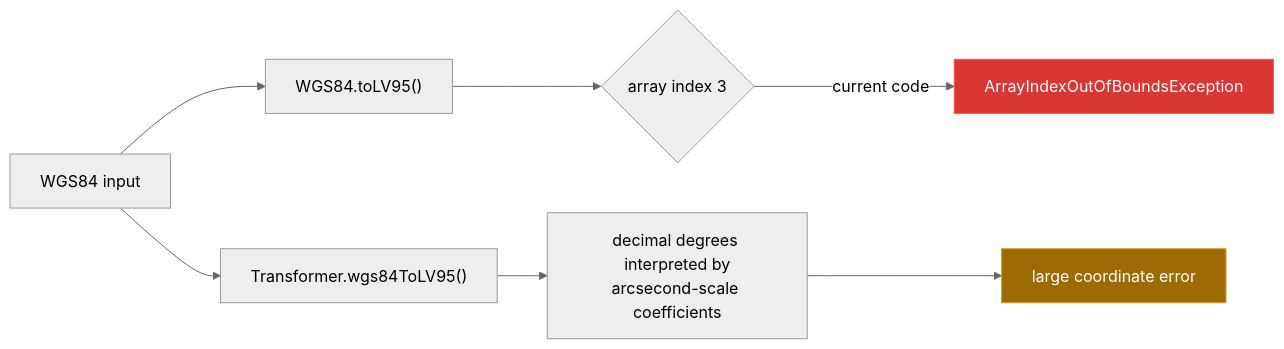
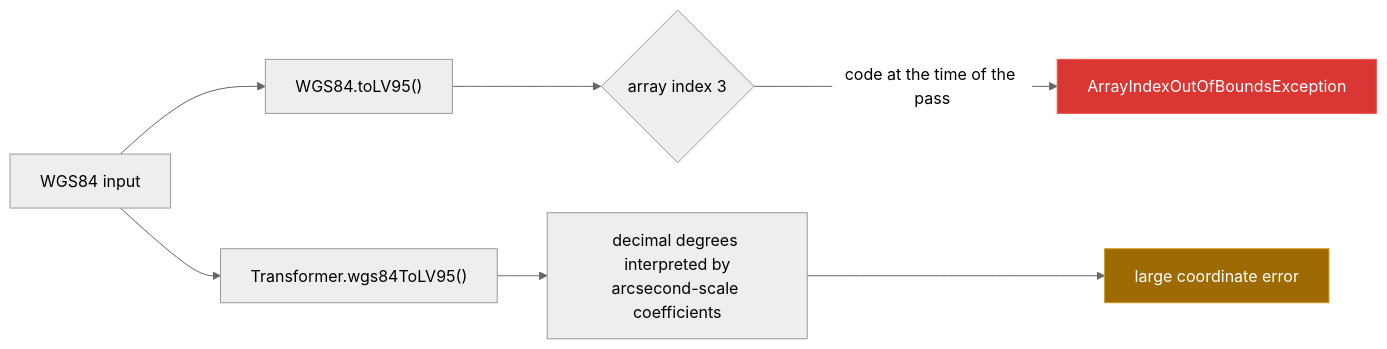
The diagram in docs/BUGS-FOUND.md (Bissbert/SwissToWGS4j), drawn with Mermaid (neutral theme) before and after one commit. The commit also changed other lines of this file and 4 other files, not shown here.

````diff
--- a/docs/BUGS-FOUND.md
+++ b/docs/BUGS-FOUND.md
@@ -9,12 +19,12 @@
 ```mermaid
 flowchart LR
     A["WGS84 input"] --> B["WGS84.toLV95()"]
     B --> C{"array index 3"}
-    C -->|"current code"| D["ArrayIndexOutOfBoundsException"]
+    C -->|"code at the time of the pass"| D["ArrayIndexOutOfBoundsException"]
     A --> E["Transformer.wgs84ToLV95()"]
     E --> F["decimal degrees interpreted by<br/>arcsecond-scale coefficients"]
     F --> G["large coordinate error"]
 
     style D fill:#da3633,stroke:#f85149,color:#fff
     style G fill:#9e6a03,stroke:#d29922,color:#fff
 ```
````
